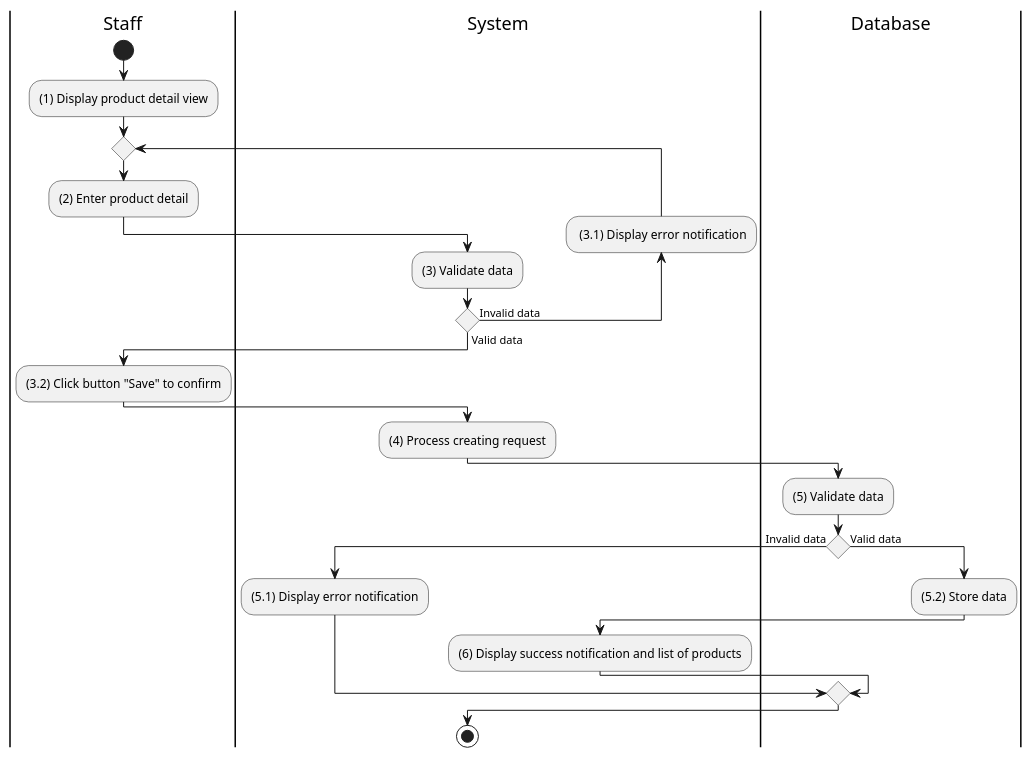
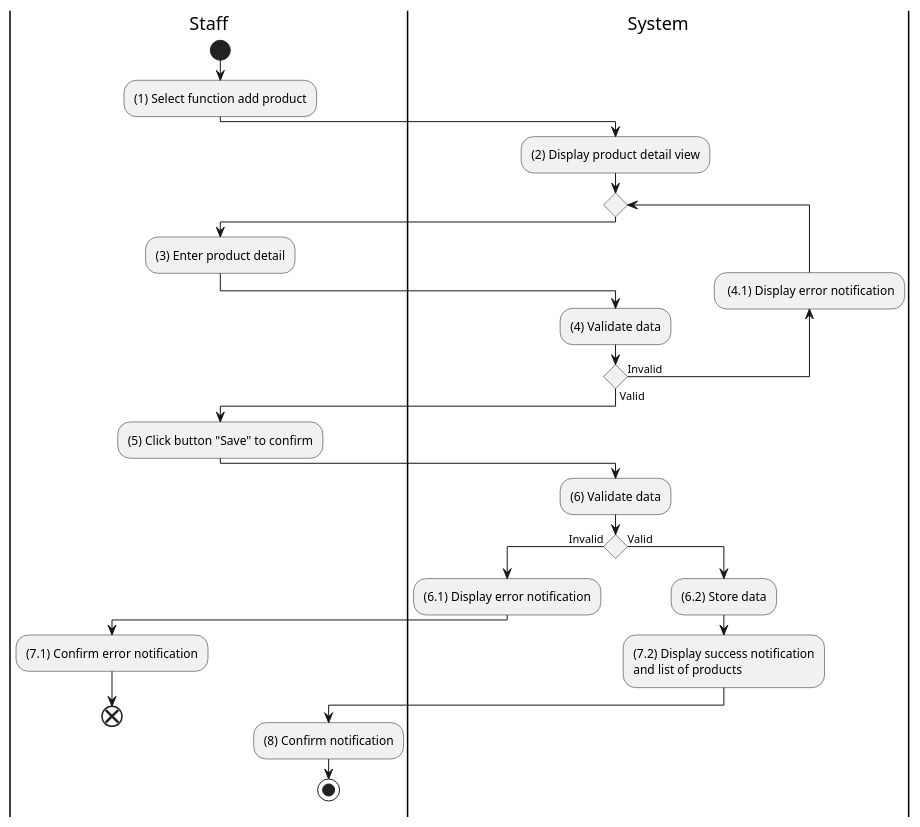
One commit to electricilies/electricilies.github.io changed the diagram in docs/software-docs/activity/manage-product/add-product.md. Above: the diagram before and after it, drawn with PlantUML. The commit also changed 47 other files, not shown here.

````diff
--- a/docs/software-docs/activity/manage-product/add-product.md
+++ b/docs/software-docs/activity/manage-product/add-product.md
@@ -3,35 +3,37 @@
 ```plantuml
 @startuml
 |St|Staff
 |S|System
-|D|Database
 
 |St|
 start
-:(1) Display product detail view;
+:(1) Select function add product;
+|S|
+:(2) Display product detail view;
 repeat
   |St|
-  :(2) Enter product detail;
+  :(3) Enter product detail;
   |S|
-  :(3) Validate data;
-backward: (3.1) Display error notification;
-repeat while () is (Invalid data) not (Valid data)
+  :(4) Validate data;
+backward: (4.1) Display error notification;
+repeat while () is (Invalid) not (Valid)
 |St|
-:(3.2) Click button "Save" to confirm;
+:(5) Click button "Save" to confirm;
 |S|
-:(4) Process creating request;
-|D|
-:(5) Validate data;
-if () then (Invalid data)
+:(6) Validate data;
+if () then (Invalid)
+  :(6.1) Display error notification;
+  |St|
+  :(7.1) Confirm error notification;
+  end
+else (Valid)
   |S|
-  :(5.1) Display error notification;
-else (Valid data)
-  |D|
-  :(5.2) Store data;
-  |S|
-  :(6) Display success notification and list of products;
+  :(6.2) Store data;
+  :(7.2) Display success notification 
+and list of products;
+  |St|
+  :(8) Confirm notification;
+  stop
 endif
-stop
-
 @enduml
 ```
````
